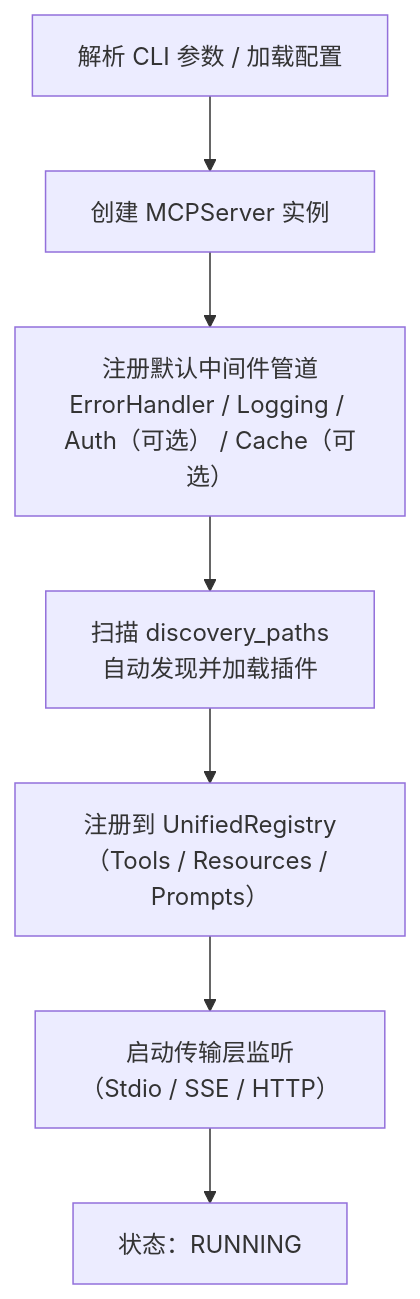
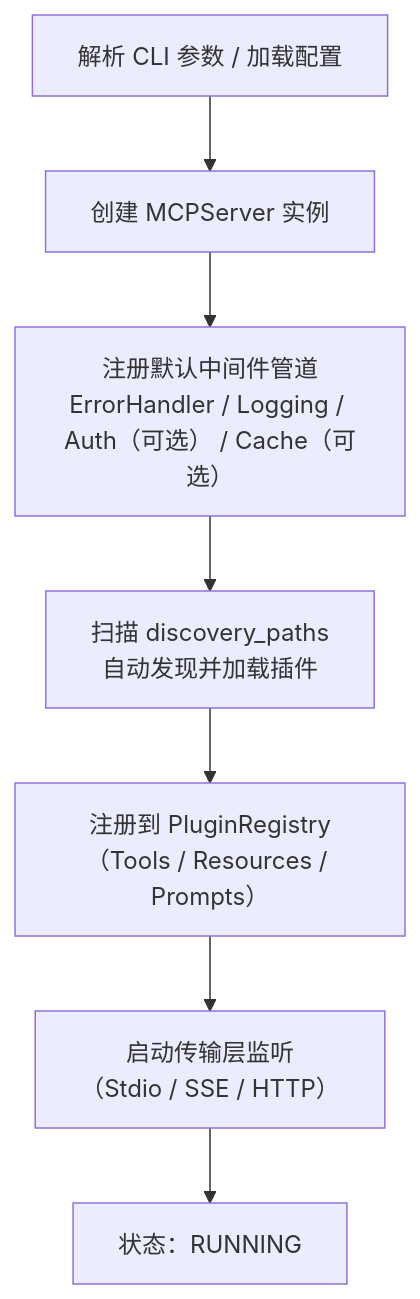
The second of 4 diagrams in README.md (chain-engine/x-QiuChi), drawn with Mermaid before and after one commit. The commit also changed other lines of this file and 23 other files, not shown here.

````diff
--- a/README.md
+++ b/README.md
@@ -387,9 +384,9 @@
 ```mermaid
 flowchart TD
     S1["解析 CLI 参数 / 加载配置"] --> S2["创建 MCPServer 实例"]
     S2 --> S3["注册默认中间件管道<br/>ErrorHandler / Logging / Auth（可选） / Cache（可选）"]
     S3 --> S4["扫描 discovery_paths<br/>自动发现并加载插件"]
-    S4 --> S5["注册到 UnifiedRegistry<br/>（Tools / Resources / Prompts）"]
+    S4 --> S5["注册到 PluginRegistry<br/>（Tools / Resources / Prompts）"]
     S5 --> S6["启动传输层监听<br/>（Stdio / SSE / HTTP）"]
     S6 --> S7["状态：RUNNING"]
 ```
````
